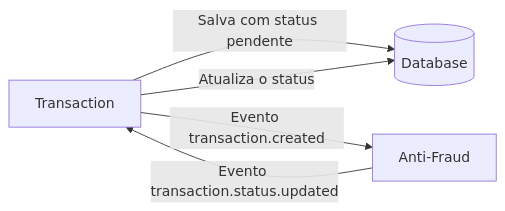
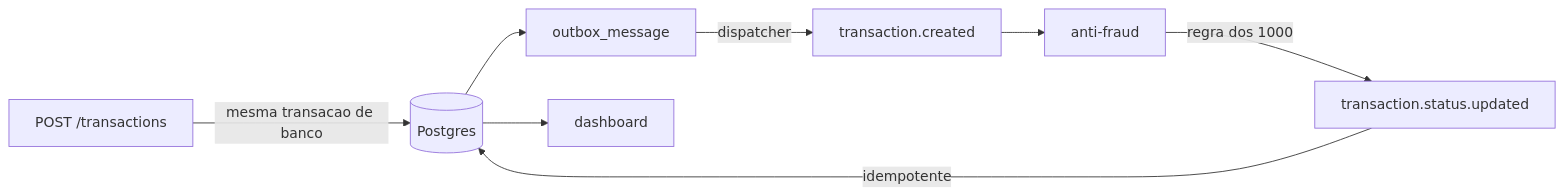
The diagram in README.md (CauaPrates/tech-challenge), drawn with Mermaid before and after one commit. The commit also changed other lines of this file and 1 other file, not shown here.

Commit message:
docs: substitui o readme pelo do projeto com roteiro de verificacao

````diff
--- a/README.md
+++ b/README.md
@@ -33,7 +29,10 @@
 ```mermaid
 flowchart LR
-  Transaction -- Salva com status pendente --> DB[(Database)]
-  Transaction -- Evento transaction.created --> AntiFraud[Anti-Fraud]
-  AntiFraud -- Evento transaction.status.updated --> Transaction
-  Transaction -- Atualiza o status --> DB
+  POST[POST /transactions] -->|mesma transacao de banco| DB[(Postgres)]
+  DB --> OUT[outbox_message]
+  OUT -->|dispatcher| K1[transaction.created]
+  K1 --> AF[anti-fraud]
+  AF -->|regra dos 1000| K2[transaction.status.updated]
+  K2 -->|idempotente| DB
+  DB --> WEB[dashboard]
 ```
````
